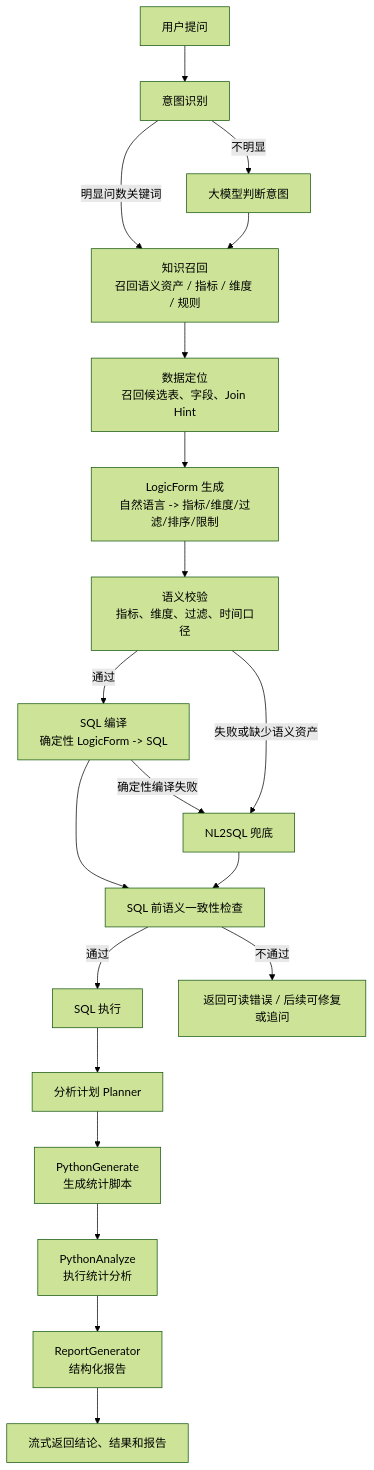
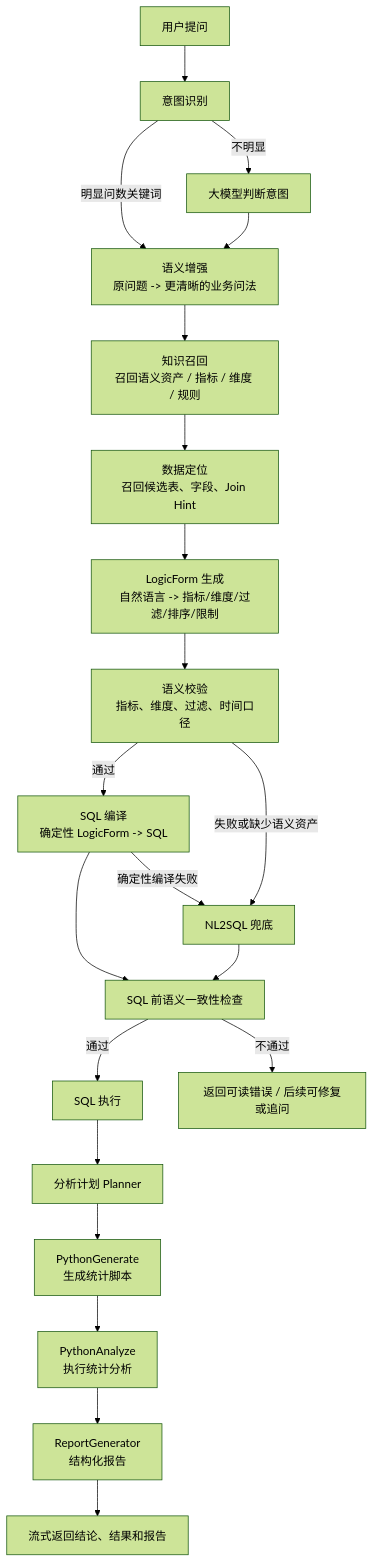
The third of 6 diagrams in docs/project-design.md (TtonyLiang/data-agent), drawn with Mermaid (forest theme) before and after one commit. The commit also changed other lines of this file and 20 other files, not shown here.

````diff
--- a/docs/project-design.md
+++ b/docs/project-design.md
@@ -81,28 +82,29 @@
 ```mermaid
 flowchart TD
   A["用户提问"] --> B["意图识别"]
 
-  B -->|明显问数关键词| C["知识召回"]
+  B -->|明显问数关键词| B2["语义增强<br/>原问题 -> 更清晰的业务问法"]
   B -->|不明显| B1["大模型判断意图"]
-  B1 --> C
+  B1 --> B2
 
-  C["知识召回<br/>召回语义资产 / 指标 / 维度 / 规则"] --> D["数据定位<br/>召回候选表、字段、Join Hint"]
+  B2 --> C["知识召回<br/>召回语义资产 / 指标 / 维度 / 规则"]
+  C --> D["数据定位<br/>召回候选表、字段、Join Hint"]
   D --> E["LogicForm 生成<br/>自然语言 -> 指标/维度/过滤/排序/限制"]
 
   E --> F["语义校验<br/>指标、维度、过滤、时间口径"]
   F -->|通过| G["SQL 编译<br/>确定性 LogicForm -> SQL"]
   G --> H["SQL 前语义一致性检查"]
 
   F -->|失败或缺少语义资产| X["NL2SQL 兜底"]
   G -->|确定性编译失败| X
   X --> H
 
   H -->|通过| I["SQL 执行"]
   H -->|不通过| R["返回可读错误 / 后续可修复或追问"]
 
   I --> J["分析计划 Planner"]
   J --> K["PythonGenerate<br/>生成统计脚本"]
   K --> L["PythonAnalyze<br/>执行统计分析"]
   L --> M["ReportGenerator<br/>结构化报告"]
   M --> N["流式返回结论、结果和报告"]
 ```
````
